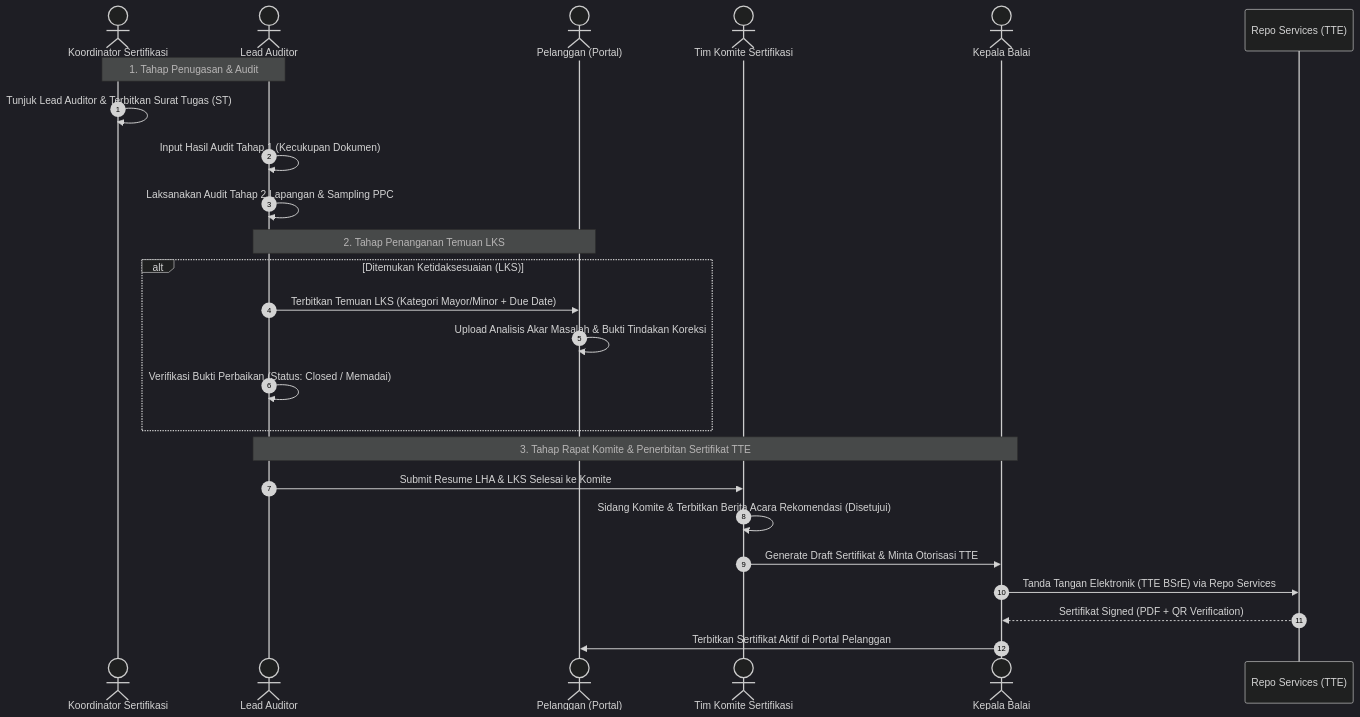
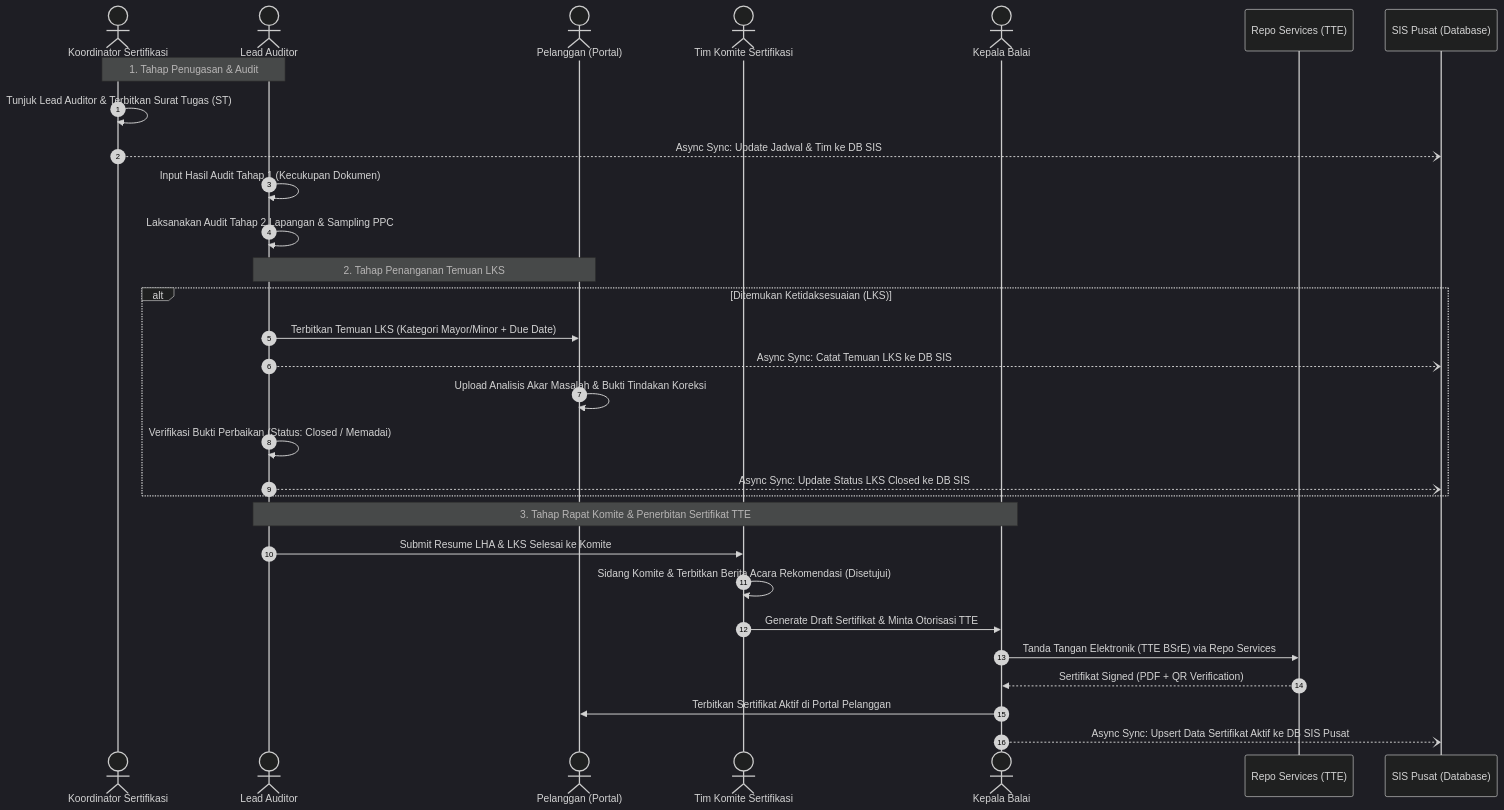
Before and after one commit to Rayendraarya26/BBKKP-Docs: the diagram in docs/projects/integrasi-sis-polimer/06-tasks/sprint_4_breakdown.md, drawn with Mermaid (dark theme). The commit also changed other lines of this file and 8 other files, not shown here.

````diff
--- a/docs/projects/integrasi-sis-polimer/06-tasks/sprint_4_breakdown.md
+++ b/docs/projects/integrasi-sis-polimer/06-tasks/sprint_4_breakdown.md
@@ -83,30 +84,35 @@
 ```mermaid
 sequenceDiagram
     autonumber
     actor Koord as Koordinator Sertifikasi
     actor Auditor as Lead Auditor
     actor Pelanggan as Pelanggan (Portal)
     actor Komite as Tim Komite Sertifikasi
     actor KepalaBalai as Kepala Balai
     participant RepoService as Repo Services (TTE)
+    participant CentralSIS as SIS Pusat (Database)
 
     Note over Koord, Auditor: 1. Tahap Penugasan & Audit
     Koord->>Koord: Tunjuk Lead Auditor & Terbitkan Surat Tugas (ST)
+    Koord--)CentralSIS: Async Sync: Update Jadwal & Tim ke DB SIS
     Auditor->>Auditor: Input Hasil Audit Tahap 1 (Kecukupan Dokumen)
     Auditor->>Auditor: Laksanakan Audit Tahap 2 Lapangan & Sampling PPC
     
     Note over Auditor, Pelanggan: 2. Tahap Penanganan Temuan LKS
     alt Ditemukan Ketidaksesuaian (LKS)
         Auditor->>Pelanggan: Terbitkan Temuan LKS (Kategori Mayor/Minor + Due Date)
+        Auditor--)CentralSIS: Async Sync: Catat Temuan LKS ke DB SIS
         Pelanggan->>Pelanggan: Upload Analisis Akar Masalah & Bukti Tindakan Koreksi
         Auditor->>Auditor: Verifikasi Bukti Perbaikan (Status: Closed / Memadai)
+        Auditor--)CentralSIS: Async Sync: Update Status LKS Closed ke DB SIS
     end
 
     Note over Auditor, KepalaBalai: 3. Tahap Rapat Komite & Penerbitan Sertifikat TTE
     Auditor->>Komite: Submit Resume LHA & LKS Selesai ke Komite
     Komite->>Komite: Sidang Komite & Terbitkan Berita Acara Rekomendasi (Disetujui)
     Komite->>KepalaBalai: Generate Draft Sertifikat & Minta Otorisasi TTE
     KepalaBalai->>RepoService: Tanda Tangan Elektronik (TTE BSrE) via Repo Services
     RepoService-->>KepalaBalai: Sertifikat Signed (PDF + QR Verification)
     KepalaBalai->>Pelanggan: Terbitkan Sertifikat Aktif di Portal Pelanggan
+    KepalaBalai--)CentralSIS: Async Sync: Upsert Data Sertifikat Aktif ke DB SIS Pusat
 ```
````
